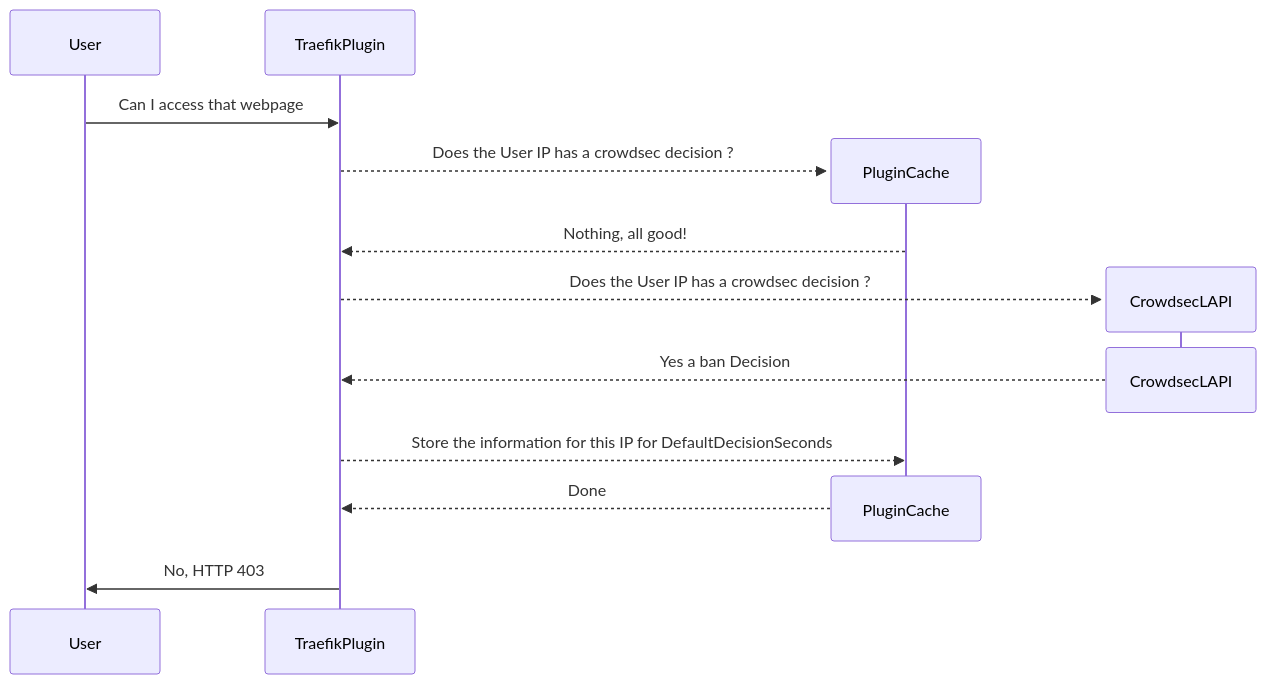
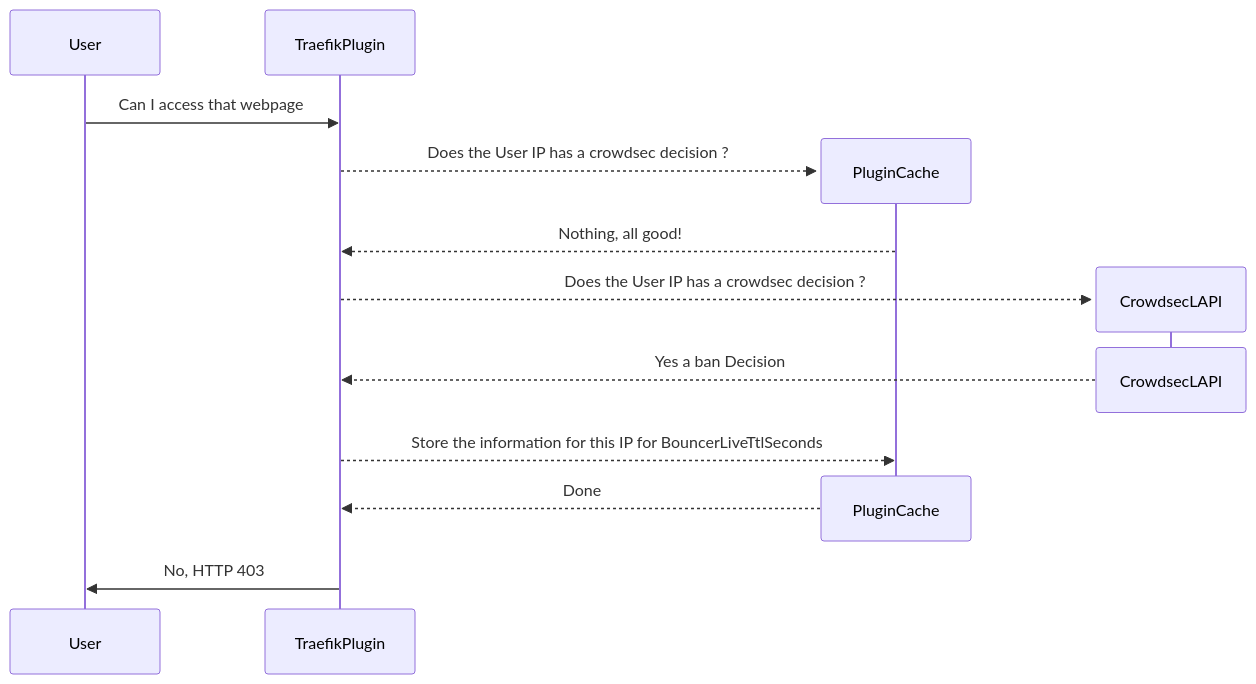
One commit to david-garcia-garcia/crowdsec-bouncer-traefik-plugin changed the third of 13 diagrams in docs/modes.md. Above: the diagram before and after it, drawn with Mermaid. The commit also changed other lines of this file and 344 other files, not shown here.

````diff
--- a/docs/modes.md
+++ b/docs/modes.md
@@ -45,17 +45,17 @@
 ```mermaid
 sequenceDiagram
     participant User
     participant TraefikPlugin
     User->>TraefikPlugin: Can I access that webpage
     create participant PluginCache
     TraefikPlugin-->>PluginCache: Does the User IP has a crowdsec decision ?
     PluginCache-->>TraefikPlugin: Nothing, all good!
     create participant CrowdsecLAPI
     TraefikPlugin-->>CrowdsecLAPI: Does the User IP has a crowdsec decision ?
     destroy CrowdsecLAPI
     CrowdsecLAPI-->>TraefikPlugin: Yes a ban Decision
-    TraefikPlugin-->>PluginCache: Store the information for this IP for DefaultDecisionSeconds
+    TraefikPlugin-->>PluginCache: Store the information for this IP for BouncerLiveTtlSeconds
     destroy PluginCache
     PluginCache-->>TraefikPlugin: Done
     TraefikPlugin->>User: No, HTTP 403
 ```
````
